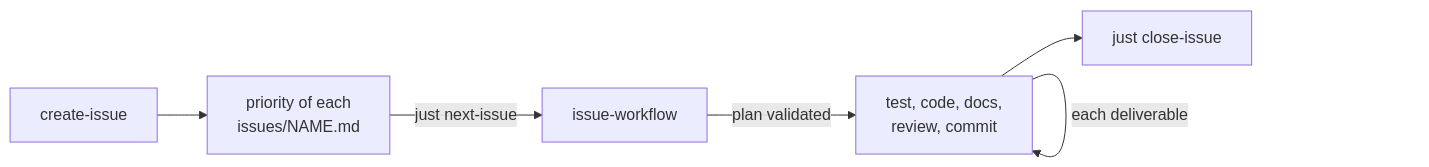
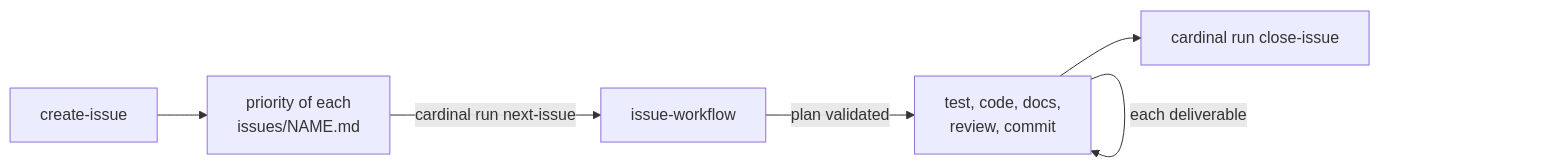
The second of 2 diagrams in README.md (Electron-libre/cardinal), drawn with Mermaid before and after one commit. The commit also changed other lines of this file and 11 other files, not shown here.

First line of the commit message:
docs: name cardinal run in the docs, just optional

````diff
--- a/README.md
+++ b/README.md
@@ -69,8 +69,8 @@
 ```mermaid
 flowchart LR
   create["create-issue"] --> queue["priority of each<br/>issues/NAME.md"]
-  queue -->|just next-issue| work["issue-workflow"]
+  queue -->|cardinal run next-issue| work["issue-workflow"]
   work -->|plan validated| deliver["test, code, docs,<br/>review, commit"]
   deliver -->|each deliverable| deliver
-  deliver --> close["just close-issue"]
+  deliver --> close["cardinal run close-issue"]
 ```
````
